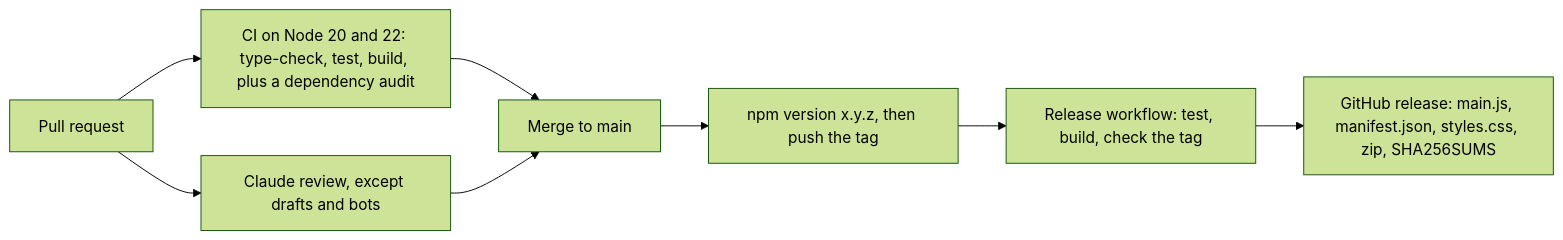
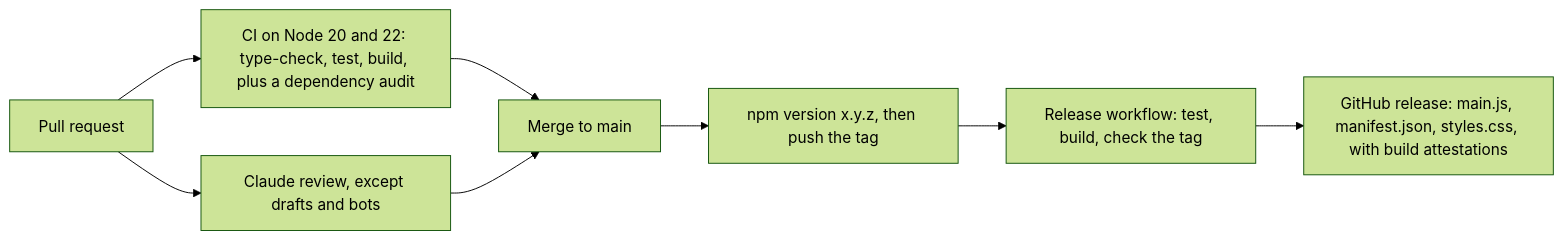
Before and after one commit to MYounas126/recall-lab: the diagram in docs/development.md, drawn with Mermaid (forest theme). The commit also changed other lines of this file and 11 other files, not shown here.

````diff
--- a/docs/development.md
+++ b/docs/development.md
@@ -63,10 +63,10 @@
 ```mermaid
 flowchart LR
     PR["Pull request"] --> CI["CI on Node 20 and 22: type-check, test, build, plus a dependency audit"]
     PR --> CR["Claude review, except drafts and bots"]
     CI --> M["Merge to main"]
     CR --> M
     M --> T["npm version x.y.z, then push the tag"]
     T --> R["Release workflow: test, build, check the tag"]
-    R --> G["GitHub release: main.js, manifest.json, styles.css, zip, SHA256SUMS"]
+    R --> G["GitHub release: main.js, manifest.json, styles.css, with build attestations"]
 ```
````
